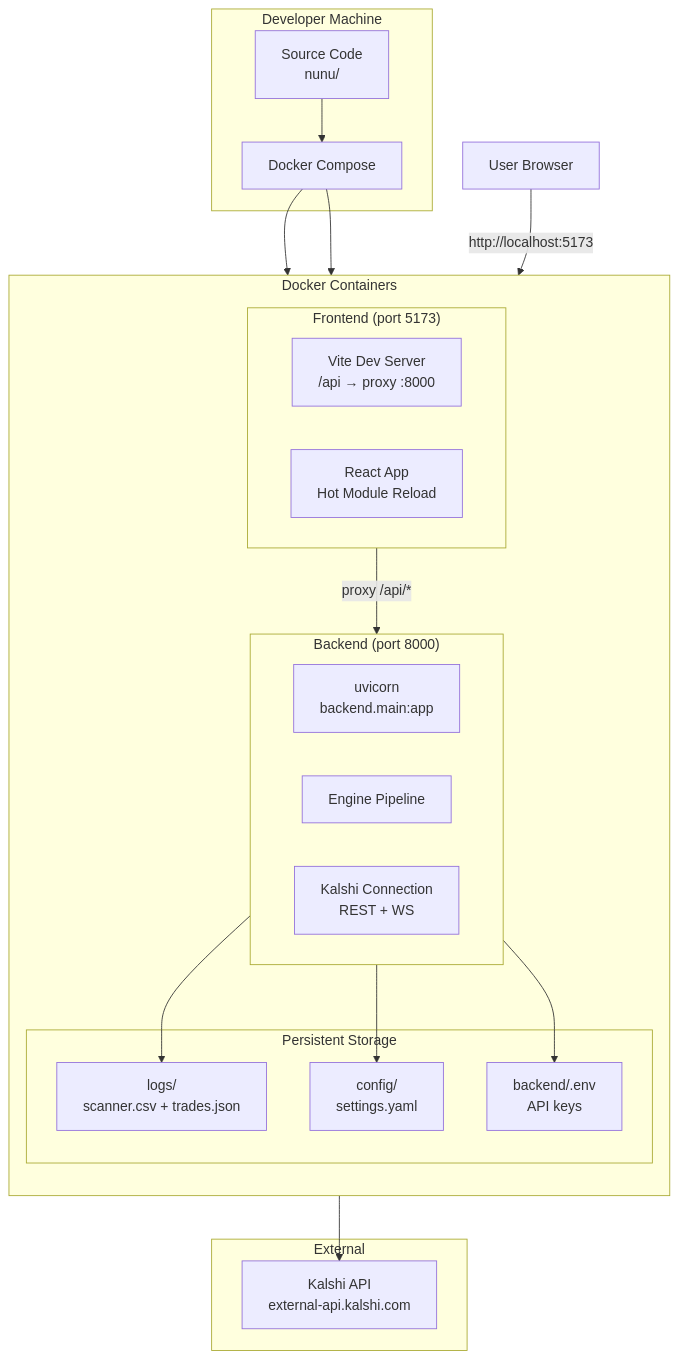
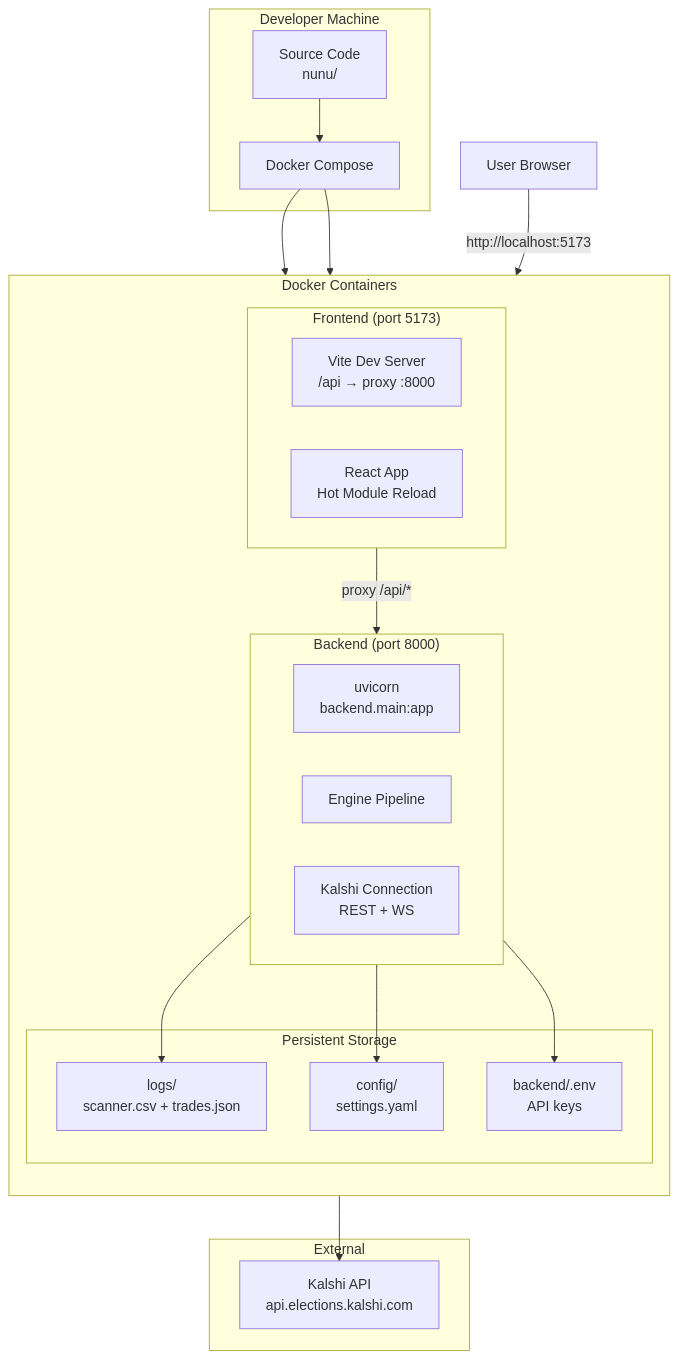
Before and after one commit to Danish11512/nunu: diagram 15 of 18 in docs/architecture.md, drawn with Mermaid. The commit also changed other lines of this file and 28 other files, not shown here.

````diff
--- a/docs/architecture.md
+++ b/docs/architecture.md
@@ -764,44 +758,44 @@
 ```mermaid
 graph TB
     subgraph DevMachine["Developer Machine"]
         CODE["Source Code<br/>nunu/"]
         DOCKER["Docker Compose"]
     end
     
     subgraph DockerContainers["Docker Containers"]
         direction TB
         
         subgraph BackendContainer["Backend (port 8000)"]
             UVICORN["uvicorn<br/>backend.main:app"]
             ENGINE_PROC["Engine Pipeline"]
             KALSHI_CONN["Kalshi Connection<br/>REST + WS"]
         end
         
         subgraph FrontendContainer["Frontend (port 5173)"]
             VITE["Vite Dev Server<br/>/api → proxy :8000"]
             REACT_APP["React App<br/>Hot Module Reload"]
         end
         
         subgraph Storage["Persistent Storage"]
             LOGS["logs/<br/>scanner.csv + trades.json"]
             CONFIG_FILES["config/<br/>settings.yaml"]
             ENV["backend/.env<br/>API keys"]
         end
     end
     
     subgraph ExternalServices["External"]
-        KALSHI["Kalshi API<br/>external-api.kalshi.com"]
+        KALSHI["Kalshi API<br/>api.elections.kalshi.com"]
     end
 
     CODE --> DOCKER
     DOCKER --> BackendContainer
     DOCKER --> FrontendContainer
     
     BackendContainer --> KALSHI
     BackendContainer --> LOGS
     BackendContainer --> CONFIG_FILES
     BackendContainer --> ENV
     FrontendContainer -->|"proxy /api/*"| BackendContainer
     
     User["User Browser"] -->|"http://localhost:5173"| FrontendContainer
 ```
````
